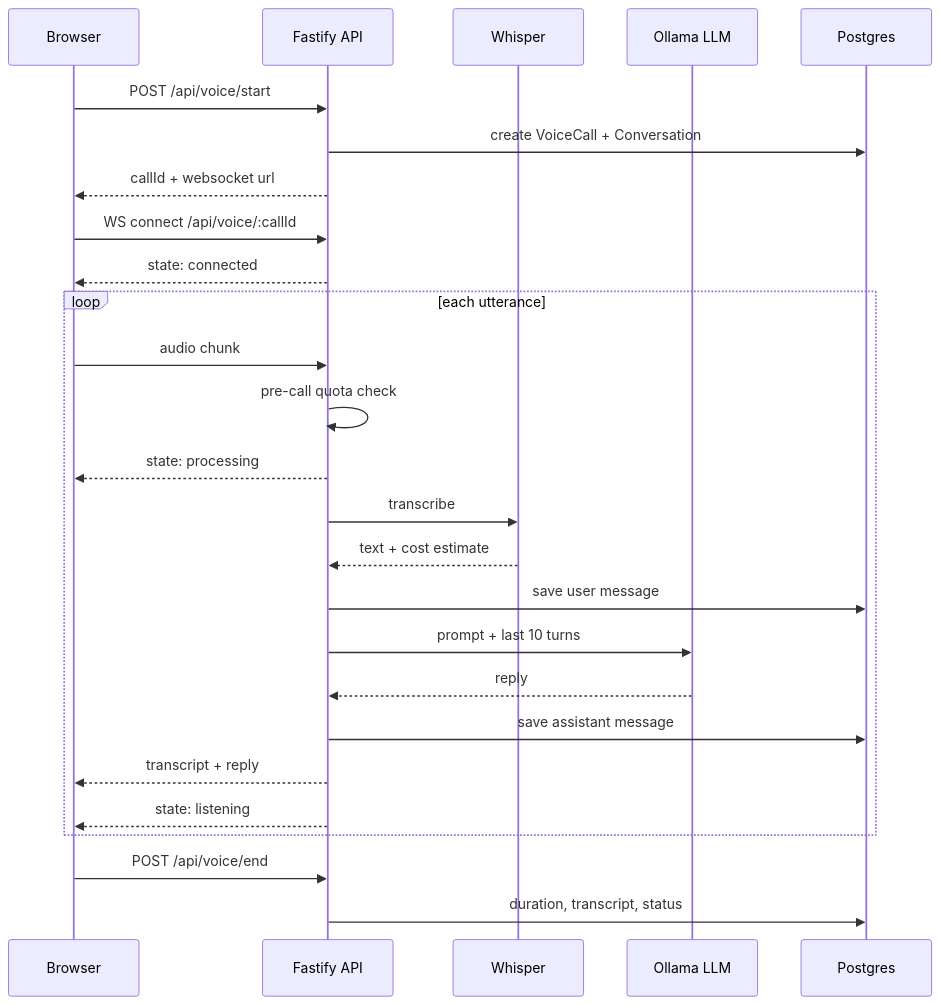
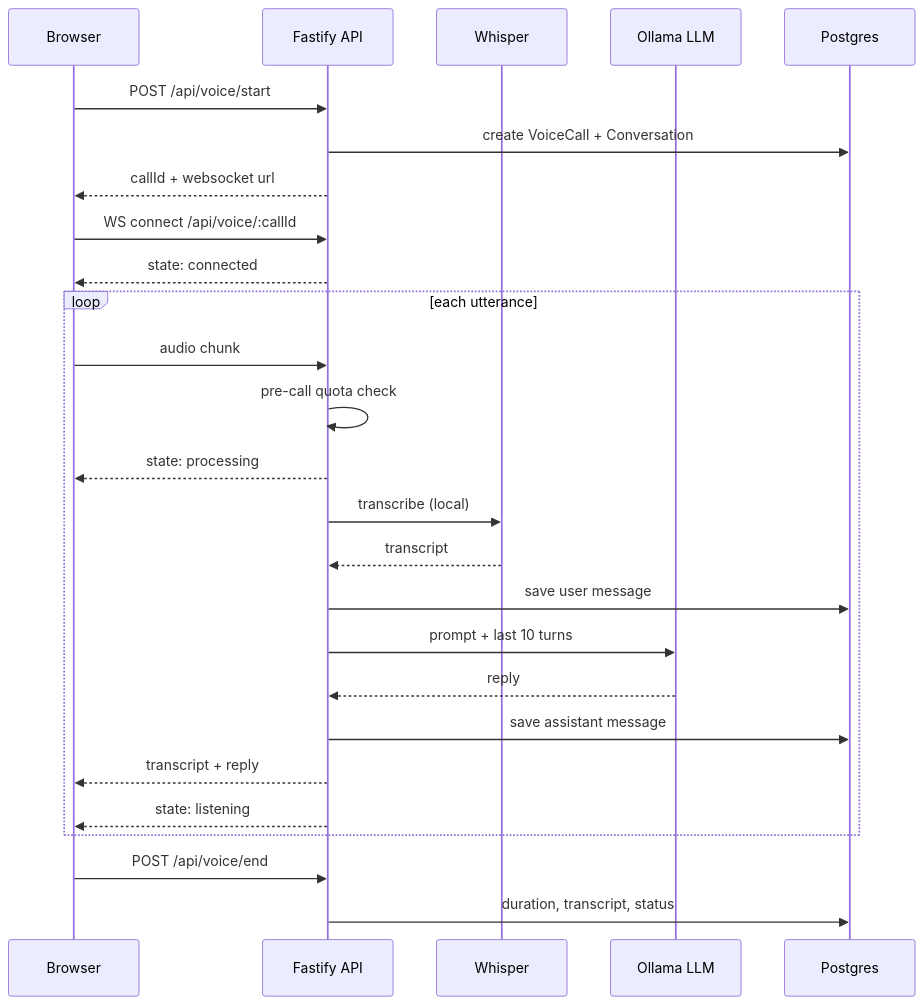
One commit to jrailey13/voice-booking-agent changed the diagram in README.md. Above: the diagram before and after it, drawn with Mermaid. The commit also changed other lines of this file and 2 other files, not shown here.

First line of the commit message:
docs: describe the fully-local, keyless pipeline

````diff
--- a/README.md
+++ b/README.md
@@ -13,31 +13,31 @@
 ```mermaid
 sequenceDiagram
     participant B as Browser
     participant A as Fastify API
     participant W as Whisper
     participant O as Ollama LLM
     participant P as Postgres
 
     B->>A: POST /api/voice/start
     A->>P: create VoiceCall + Conversation
     A-->>B: callId + websocket url
     B->>A: WS connect /api/voice/:callId
     A-->>B: state: connected
 
     loop each utterance
         B->>A: audio chunk
         A->>A: pre-call quota check
         A-->>B: state: processing
-        A->>W: transcribe
-        W-->>A: text + cost estimate
+        A->>W: transcribe (local)
+        W-->>A: transcript
         A->>P: save user message
         A->>O: prompt + last 10 turns
         O-->>A: reply
         A->>P: save assistant message
         A-->>B: transcript + reply
         A-->>B: state: listening
     end
 
     B->>A: POST /api/voice/end
     A->>P: duration, transcript, status
 ```
````
